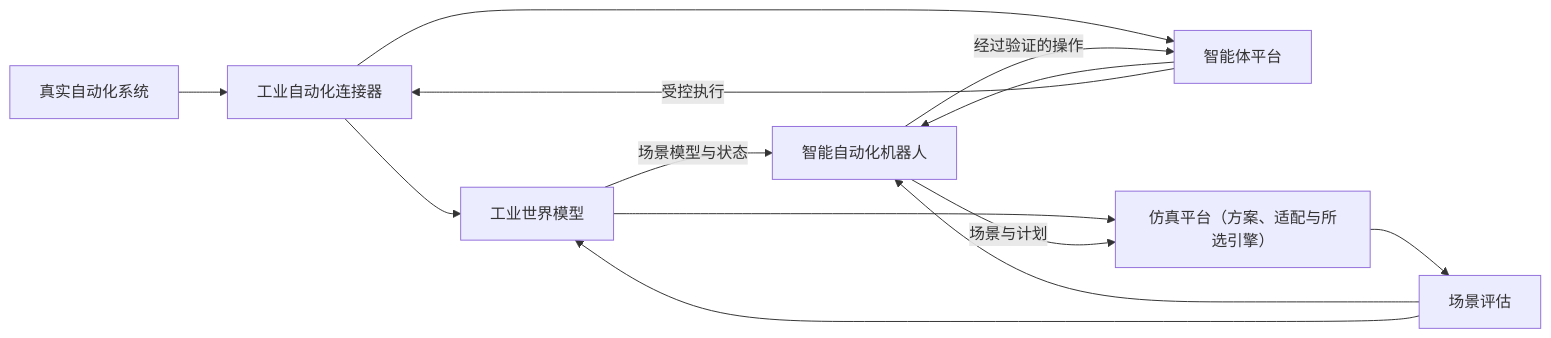
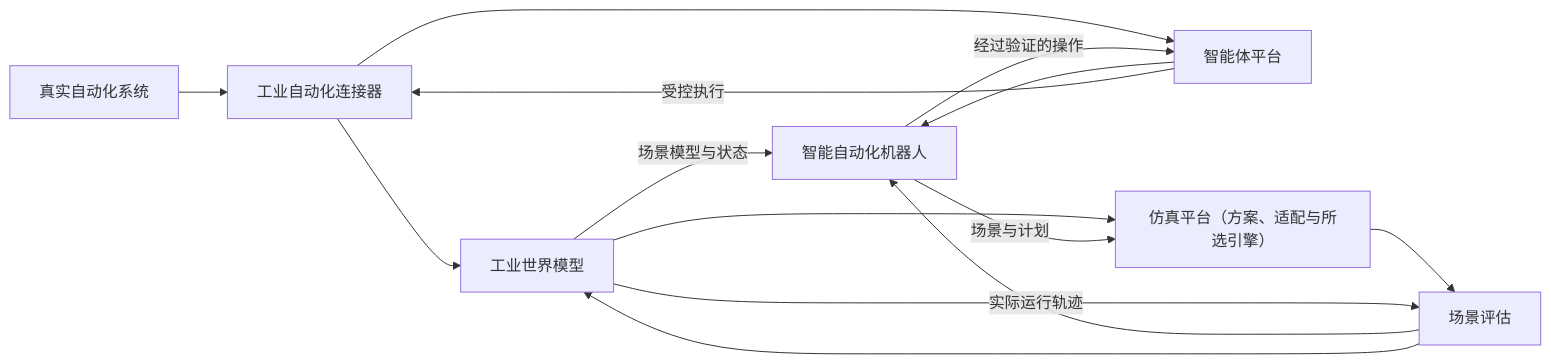
Before and after one commit to simulator-bot/design-docs: the diagram in README.md, drawn with Mermaid. The commit also changed other lines of this file, not shown here.

````diff
--- a/README.md
+++ b/README.md
@@ -11,15 +11,16 @@
 ```mermaid
 flowchart LR
     R[真实自动化系统] --> C[工业自动化连接器]
     C --> W[工业世界模型]
     C --> P[智能体平台]
     P --> A[智能自动化机器人]
     W -->|场景模型与状态| A
     W --> S[仿真平台（方案、适配与所选引擎）]
     A -->|场景与计划| S
     S --> E[场景评估]
+    W -->|实际运行轨迹| E
     E --> A
     E --> W
     A -->|经过验证的操作| P
     P -->|受控执行| C
 ```
````
